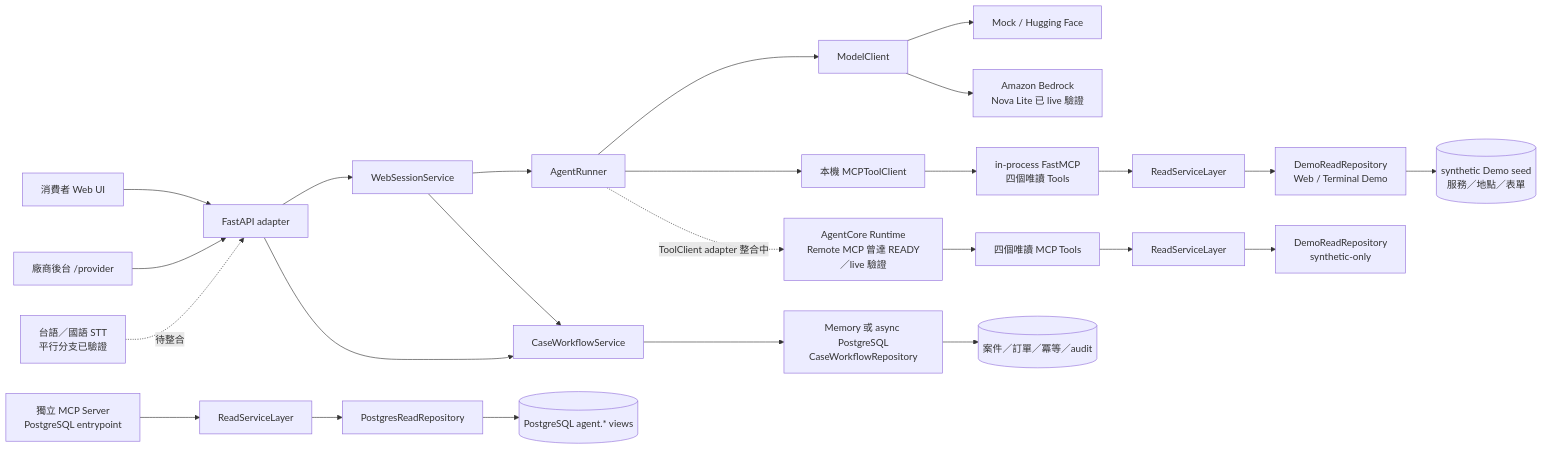
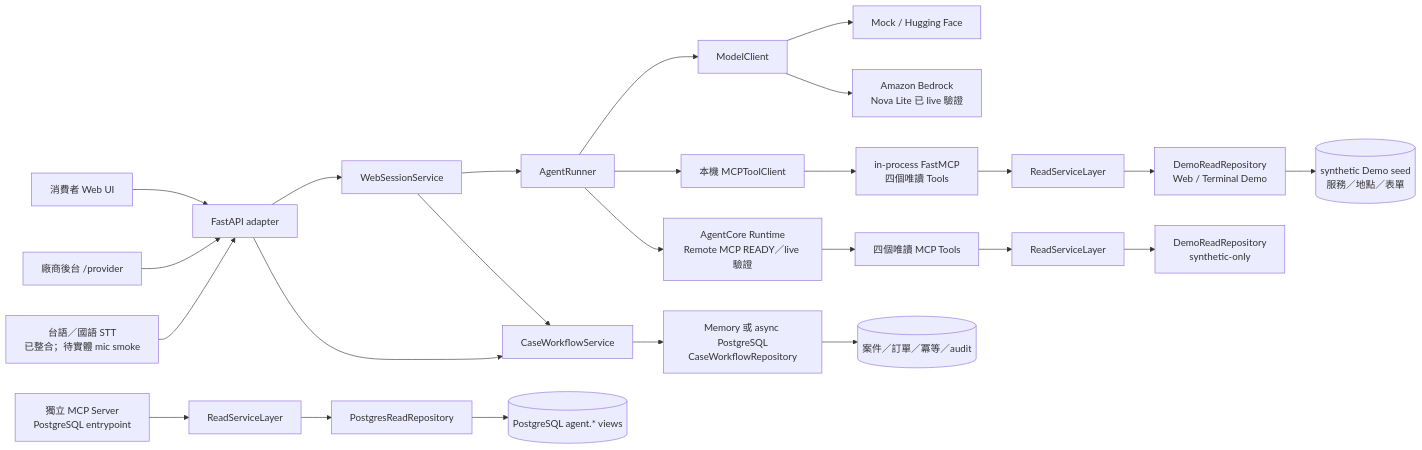
The first of 4 diagrams in docs/project-guide.md (spicyhoney/nw_p), drawn with Mermaid before and after one commit. The commit also changed other lines of this file and 4 other files, not shown here.

Commit message:
docs: finalize demo architecture and access requirements

````diff
--- a/docs/project-guide.md
+++ b/docs/project-guide.md
@@ -70,32 +68,32 @@
 ```mermaid
 flowchart LR
     Consumer["消費者 Web UI"] --> API["FastAPI adapter"]
     Provider["廠商後台 /provider"] --> API
 
     API --> Session["WebSessionService"]
     Session --> Agent["AgentRunner"]
     Agent --> Model["ModelClient"]
     Model --> MockHF["Mock / Hugging Face"]
     Model --> Bedrock["Amazon Bedrock<br/>Nova Lite 已 live 驗證"]
     Agent --> LocalClient["本機 MCPToolClient"]
     LocalClient --> LocalMCP["in-process FastMCP<br/>四個唯讀 Tools"]
     LocalMCP --> ReadService["ReadServiceLayer"]
     ReadService --> DemoRepo["DemoReadRepository<br/>Web / Terminal Demo"]
     DemoRepo --> DemoCatalog[("synthetic Demo seed<br/>服務／地點／表單")]
 
     Standalone["獨立 MCP Server<br/>PostgreSQL entrypoint"] --> PgService["ReadServiceLayer"]
     PgService --> PgRepo["PostgresReadRepository"]
     PgRepo --> PgCatalog[("PostgreSQL agent.* views")]
 
     Session --> CaseService["CaseWorkflowService"]
     API --> CaseService
     CaseService --> CaseRepo["Memory 或 async PostgreSQL<br/>CaseWorkflowRepository"]
     CaseRepo --> Workflow[("案件／訂單／冪等／audit")]
 
-    Agent -. "ToolClient adapter 整合中" .-> Remote["AgentCore Runtime<br/>Remote MCP 曾達 READY／live 驗證"]
+    Agent --> Remote["AgentCore Runtime<br/>Remote MCP READY／live 驗證"]
     Remote --> RemoteMCP["四個唯讀 MCP Tools"]
     RemoteMCP --> RemoteService["ReadServiceLayer"]
     RemoteService --> RemoteRepo["DemoReadRepository<br/>synthetic-only"]
 
-    Voice["台語／國語 STT<br/>平行分支已驗證"] -. "待整合" .-> API
+    Voice["台語／國語 STT<br/>已整合；待實體 mic smoke"] --> API
 ```
````
